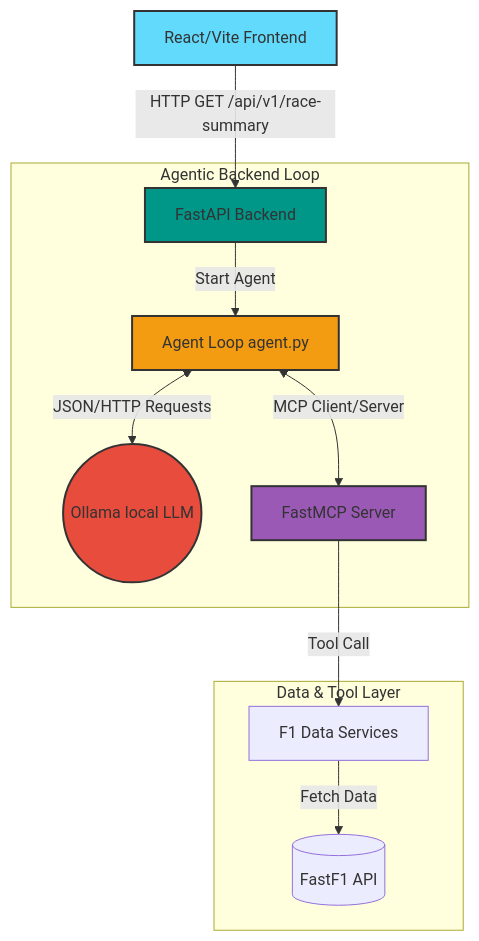
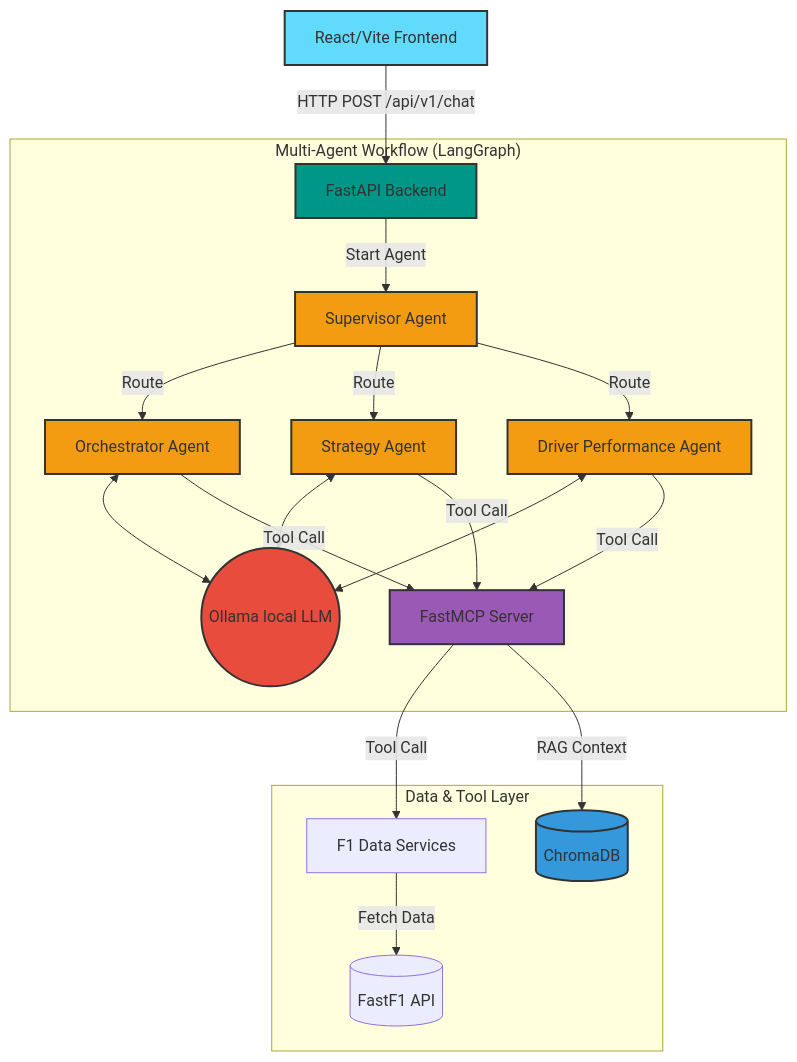
One commit to aadhgoa/f1-ai-analyst changed the diagram in README.md. Above: the diagram before and after it, drawn with Mermaid. The commit also changed other lines of this file and 2 other files, not shown here.

Commit message:
feat: implement multi-agent LangGraph orchestration, RAG support with ChromaDB, and interactive chat interface

````diff
--- a/README.md
+++ b/README.md
@@ -9,28 +9,39 @@
 ```mermaid
 graph TD
-    Client[React/Vite Frontend] -->|HTTP GET /api/v1/race-summary| FastAPI[FastAPI Backend]
+    Client[React/Vite Frontend] -->|HTTP POST /api/v1/chat| FastAPI[FastAPI Backend]
     
-    subgraph "Agentic Backend Loop"
-        FastAPI -->|Start Agent| Agent[Agent Loop agent.py]
-        Agent <-->|JSON/HTTP Requests| Ollama((Ollama local LLM))
+    subgraph "Multi-Agent Workflow (LangGraph)"
+        FastAPI -->|Start Agent| Supervisor[Supervisor Agent]
+        Supervisor -->|Route| Orchestrator[Orchestrator Agent]
+        Supervisor -->|Route| Strategy[Strategy Agent]
+        Supervisor -->|Route| Driver[Driver Performance Agent]
         
-        Agent <-->|MCP Client/Server| MCPServer[FastMCP Server]
+        Orchestrator <--> Ollama((Ollama local LLM))
+        Strategy <--> Ollama
+        Driver <--> Ollama
+        
+        Strategy -->|Tool Call| MCPServer[FastMCP Server]
+        Driver -->|Tool Call| MCPServer
+        Orchestrator -->|Tool Call| MCPServer
     end
     
     subgraph "Data & Tool Layer"
         MCPServer -->|Tool Call| DataLayer[F1 Data Services]
         DataLayer -->|Fetch Data| FastF1[(FastF1 API)]
+        MCPServer -->|RAG Context| VectorDB[(ChromaDB)]
     end
 
     classDef react fill:#61dafb,stroke:#333,stroke-width:2px;
     classDef fastapi fill:#009688,stroke:#333,stroke-width:2px;
     classDef agent fill:#f39c12,stroke:#333,stroke-width:2px;
     classDef mcp fill:#9b59b6,stroke:#333,stroke-width:2px;
     classDef llm fill:#e74c3c,stroke:#333,stroke-width:2px;
+    classDef db fill:#3498db,stroke:#333,stroke-width:2px;
     
     class Client react;
     class FastAPI fastapi;
-    class Agent agent;
+    class Supervisor,Orchestrator,Strategy,Driver agent;
     class MCPServer mcp;
     class Ollama llm;
+    class VectorDB db;
 ```
````
